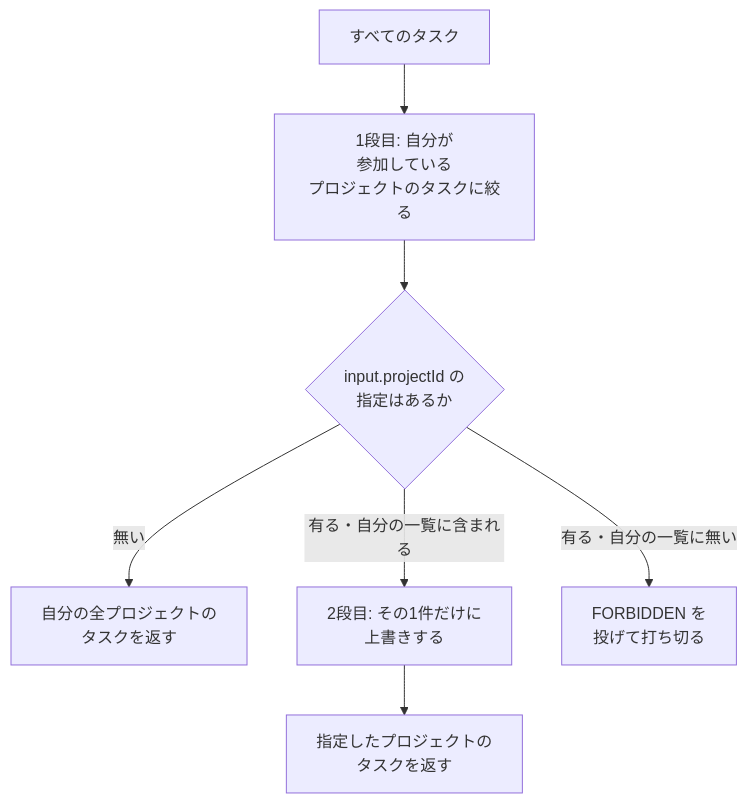
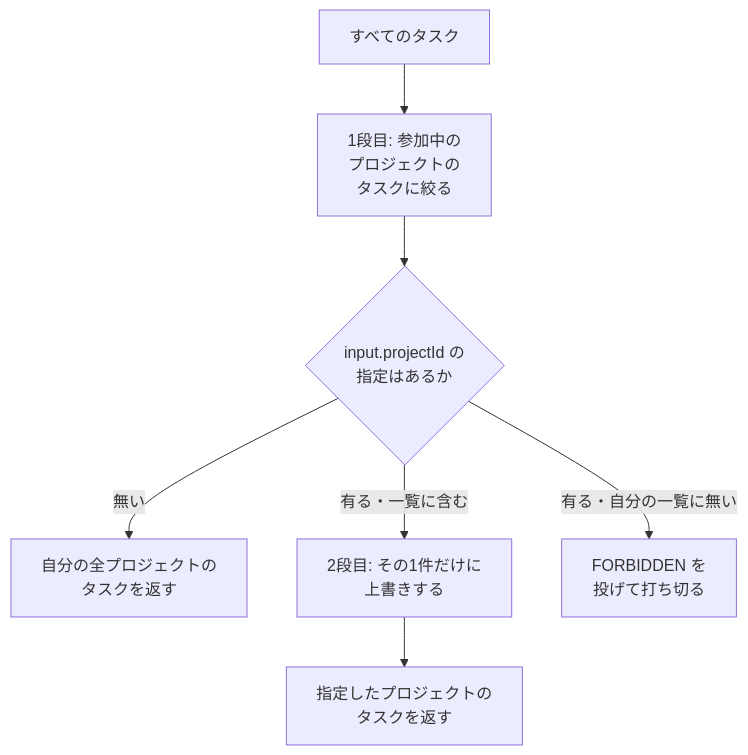
Before and after one commit to kouiso/task-app: the third of 3 diagrams in material/30days-curriculum/day13_タスク一覧画面.md, drawn with Mermaid. The commit also changed other lines of this file and 3 other files, not shown here.

First line of the commit message:
fix(material): Mermaidラベルの自動折れと行内コードオーバーフローを解消 (#733)

````diff
--- a/material/30days-curriculum/day13_タスク一覧画面.md
+++ b/material/30days-curriculum/day13_タスク一覧画面.md
@@ -226,9 +226,9 @@
 ```mermaid
 flowchart TB
-    ALL["すべてのタスク"] --> S1["1段目: 自分が<br/>参加している<br/>プロジェクトのタスクに絞る"]
+    ALL["すべてのタスク"] --> S1["1段目: 参加中の<br/>プロジェクトの<br/>タスクに絞る"]
     S1 --> Q{"input.projectId の<br/>指定はあるか"}
     Q -->|"無い"| R1["自分の全プロジェクトの<br/>タスクを返す"]
-    Q -->|"有る・自分の一覧に含まれる"| S2["2段目: その1件だけに<br/>上書きする"]
+    Q -->|"有る・一覧に含む"| S2["2段目: その1件だけに<br/>上書きする"]
     Q -->|"有る・自分の一覧に無い"| NG["FORBIDDEN を<br/>投げて打ち切る"]
     S2 --> R2["指定したプロジェクトの<br/>タスクを返す"]
 ```
````
